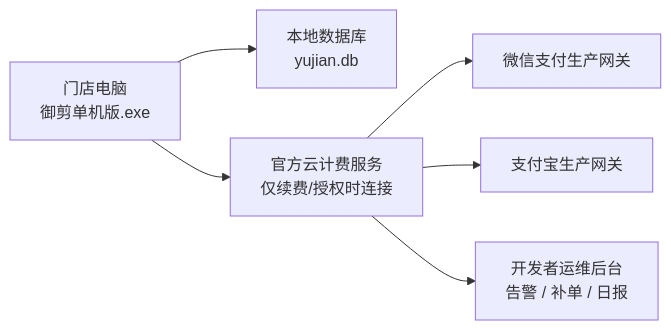
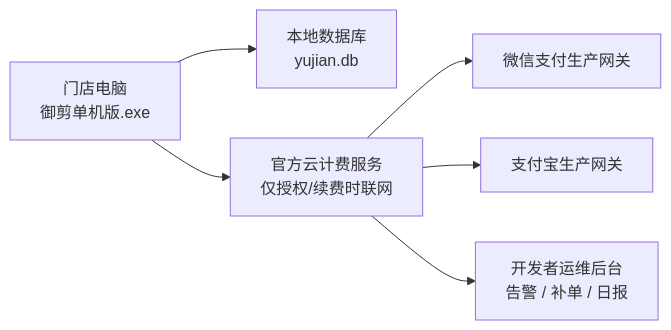
One commit to delswift/yujian changed the diagram in README.md. Above: the diagram before and after it, drawn with Mermaid. The commit also changed other lines of this file, not shown here.

````diff
--- a/README.md
+++ b/README.md
@@ -153,8 +62,8 @@
 ```mermaid
 flowchart LR
     A["门店电脑<br/>御剪单机版.exe"] --> B["本地数据库<br/>yujian.db"]
-    A --> C["官方云计费服务<br/>仅续费/授权时连接"]
+    A --> C["官方云计费服务<br/>仅授权/续费时联网"]
     C --> D["微信支付生产网关"]
     C --> E["支付宝生产网关"]
     C --> F["开发者运维后台<br/>告警 / 补单 / 日报"]
 ```
````
